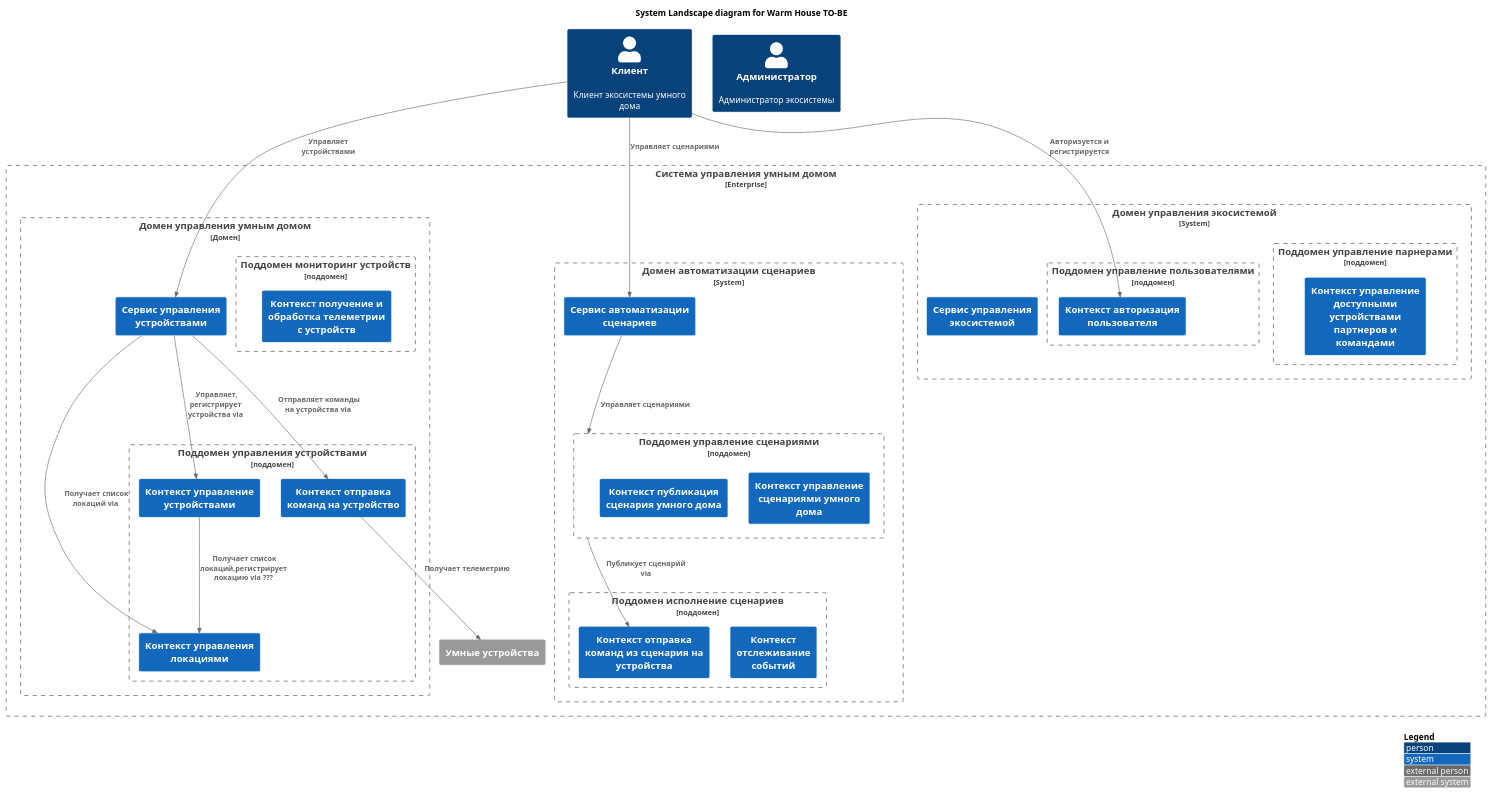
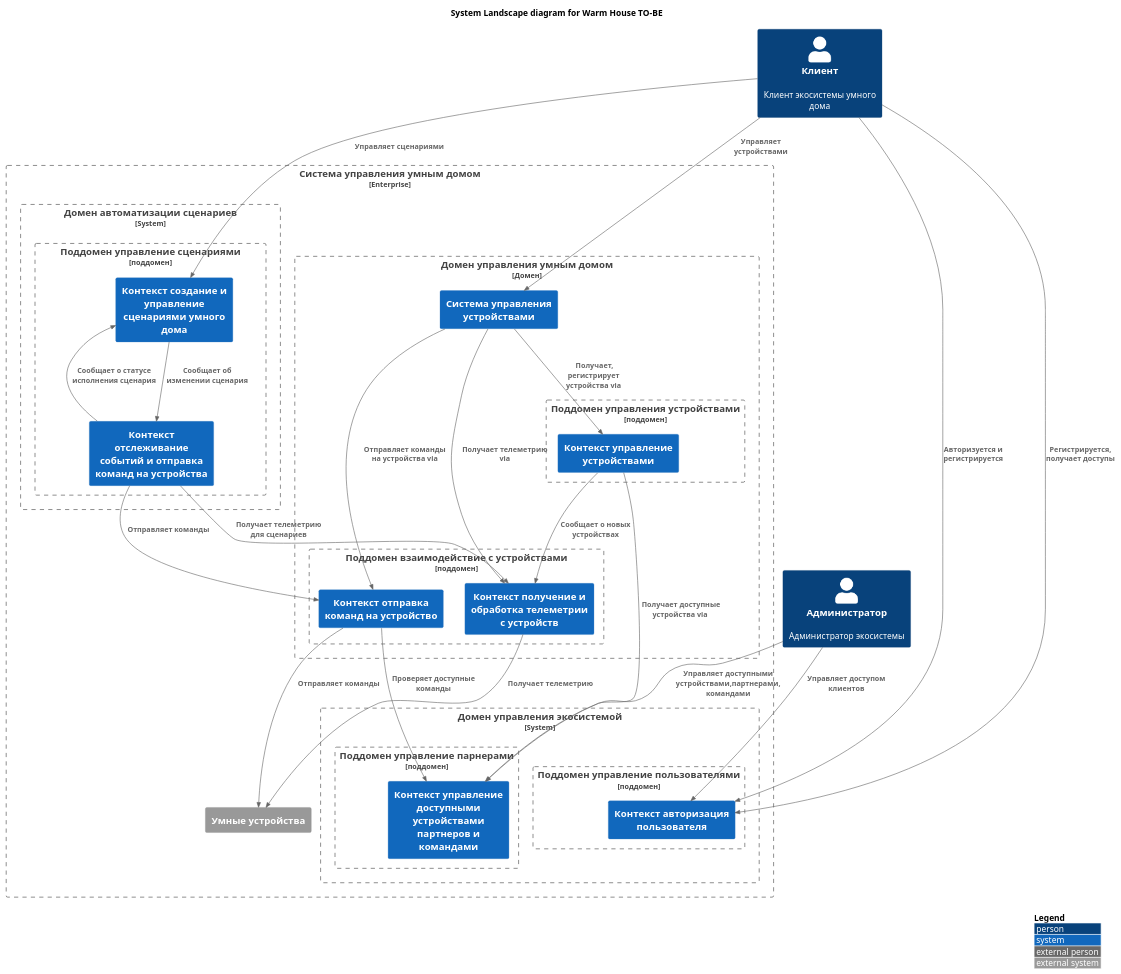
Before and after one commit to annmozer116/warmhouse-golang: the diagram in schemas/Context-to-be.puml, drawn with PlantUML. The commit also changed 2 other files, not shown here.

Commit message:
Redesigned context map diagram

```diff
--- a/schemas/Context-to-be.puml
+++ b/schemas/Context-to-be.puml
@@ -1,81 +1,74 @@
 @startuml
 !include https://raw.githubusercontent.com/plantuml-stdlib/C4-PlantUML/master/C4_Context.puml
 ' uncomment the following line and comment the first to use locally
 ' !include C4_Context.puml
 
 LAYOUT_TOP_DOWN()
 ' LAYOUT_AS_SKETCH()
 LAYOUT_WITH_LEGEND()
 
 title System Landscape diagram for Warm House TO-BE
 
 Person(user, "Клиент", "Клиент экосистемы умного дома")
 Person(admin, "Администратор", "Администратор экосистемы")
 
 Enterprise_Boundary(c0, "Система управления умным домом") {
     Boundary(smart_home_manage_b, $type="Домен", "Домен управления умным домом") {
-        System(smart_home_manage, "Сервис управления устройствами")
+        System(smart_home_manage, "Система управления устройствами")
         Boundary(sensors_manage_b, $type="поддомен", "Поддомен управления устройствами"){
-            System(location_c, "Контекст управления локациями")
             System(sensors_manage_с, "Контекст управление устройствами")
+        }
+        Boundary(sensors_monitoring_b, $type="поддомен", "Поддомен взаимодействие с устройствами"){
+            System(sensors_monitoring_c, "Контекст получение и обработка телеметрии с устройств")
             System(sensors_command_с, "Контекст отправка команд на устройство")
-        }
-        Boundary(sensors_monitoring_b, $type="поддомен", "Поддомен мониторинг устройств"){
-            System(sensors_monitoring_c, "Контекст получение и обработка телеметрии с устройств")
         }
     }
     System_Boundary(scenario_b, "Домен автоматизации сценариев") {
-        System(scenario, "Сервис автоматизации сценариев")
         Boundary(scenario_manage_b, $type="поддомен", "Поддомен управление сценариями"){
-            System(scenario_manage_c, "Контекст управление сценариями умного дома")
-            System(scenario_publish_с, "Контекст публикация сценария умного дома")
-        }
-        Boundary(scenario_acting_b, $type="поддомен", "Поддомен исполнение сценариев"){
-            System(scenario_event_monitoring_c, "Контекст отслеживание событий")
-            System(scenario_command_c, "Контекст отправка команд из сценария на устройства")
+            System(scenario_manage_c, "Контекст создание и управление сценариями умного дома")
+            System(scenario_event_monitoring_c, "Контекст отслеживание событий и отправка команд на устройства")
         }
     }
 
     System_Boundary(system_manage_b, "Домен управления экосистемой") {
-        System(system_manage, "Сервис управления экосистемой")
         Boundary(partners_manage_b, $type="поддомен", "Поддомен управление парнерами"){
             System(partners_manage_c, "Контекст управление доступными устройствами партнеров и командами ")
         }
         Boundary(user_manage_b, $type="поддомен","Поддомен управление пользователями"){
             System(user_manage_c, "Контекст авторизация пользователя")
         }
 
     }
     System_Ext(sensor, "Умные устройства")
 }
 
 Rel(user,smart_home_manage, "Управляет устройствами")
 Rel(user, user_manage_c, "Авторизуется и регистрируется")
-Rel(smart_home_manage, location_c, " Получает список локаций via")
-Rel(sensors_manage_с, location_c, " Получает список локаций,регистрирует локацию via ???")
-Rel(smart_home_manage, sensors_manage_с, " Управляет, регистрирует устройства via")
-Rel(smart_home_manage, sensors_command_с, " Отправляет команды на устройства via")
-Rel(sensors_command_с, sensor, " Получает телеметрию")
 
-Rel(user,scenario, "Управляет сценариями")
-Rel(scenario, scenario_manage_b, "Управляет сценариями")
-Rel(scenario_manage_b, scenario_command_c, "Публикует сценарий via")
+Rel(smart_home_manage, sensors_manage_с, " Получает, регистрирует устройства via")
+Rel(smart_home_manage, sensors_monitoring_c, "Получает телеметрию via")
+Rel(smart_home_manage, sensors_command_с, "Отправляет команды на устройства via")
 
+Rel(sensors_manage_с, partners_manage_c, " Получает доступные устройства via")
+Rel(sensors_manage_с, sensors_monitoring_c, "Сообщает о новых устройствах")
 
-' Rel_Neighbor(customer, banking_system, "Uses")
-' Rel_R(customer, atm, "Withdraws cash using")
-' Rel_Back(customer, mail_system, "Sends e-mails to")
+Rel(sensors_monitoring_c, sensor, "Получает телеметрию")
+' Rel(sensors_monitoring_c, scenario_event_monitoring_c, "Передает телеметрию для сценариев")
 
-' Rel_R(customer, customer_service, "Asks questions to", "Telephone")
+Rel(sensors_command_с, sensor, "Отправляет команды")
+Rel(sensors_command_с, partners_manage_c, "Проверяет доступные команды")
 
-' Rel_D(banking_system, mail_system, "Sends e-mail using")
-' Rel_R(atm, mainframe, "Uses")
-' Rel_R(banking_system, mainframe, "Uses")
-' Rel_D(customer_service, mainframe, "Uses")
-' Rel_U(back_office, mainframe, "Uses")
+Rel(user,scenario_manage_c, "Управляет сценариями")
+' систем управления сценариями получает статус исполнения сценариев
 
-' Lay_D(atm, banking_system)
+Rel(scenario_manage_c,scenario_event_monitoring_c, "Сообщает об изменении сценария")
 
-' Lay_D(atm, customer)
-' Lay_U(mail_system, customer)
+Rel(scenario_event_monitoring_c, sensors_monitoring_c, "Получает телеметрию для сценариев")
+' или напрямую с датчика? 
+Rel(scenario_event_monitoring_c, sensors_command_с, "Отправляет команды")
+Rel(scenario_event_monitoring_c, scenario_manage_c, "Сообщает о статусе исполнения сценария")
+
+Rel(admin, partners_manage_c, "Управляет доступными устройствами,партнерами, командами")
+Rel(admin, user_manage_c, "Управляет доступом клиентов")
+Rel(user, user_manage_c, "Регистрируется, получает доступы")
 @enduml
```
